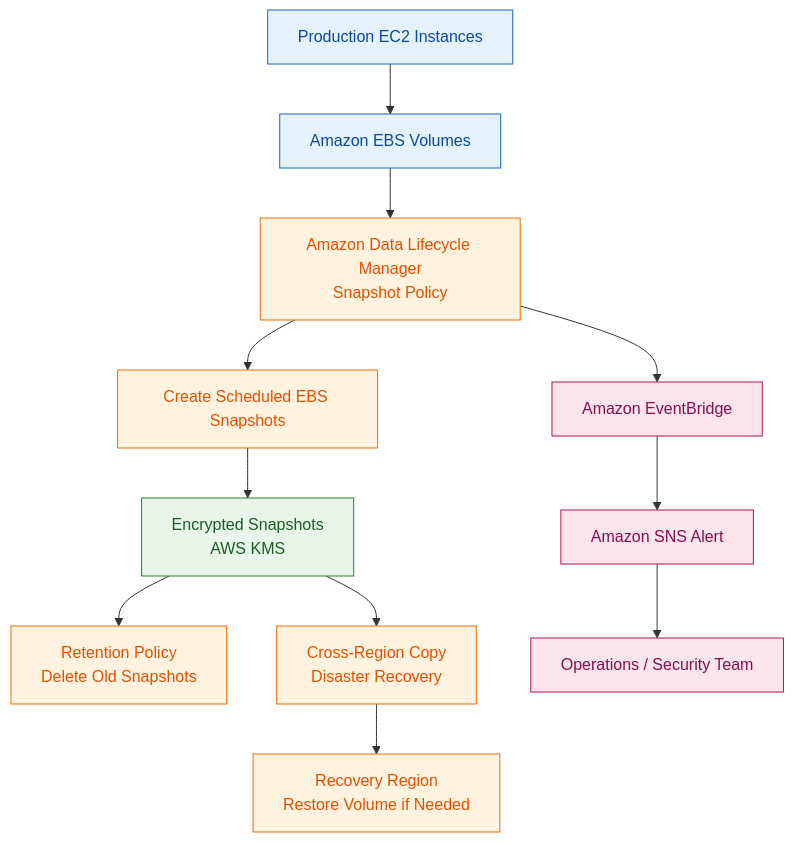
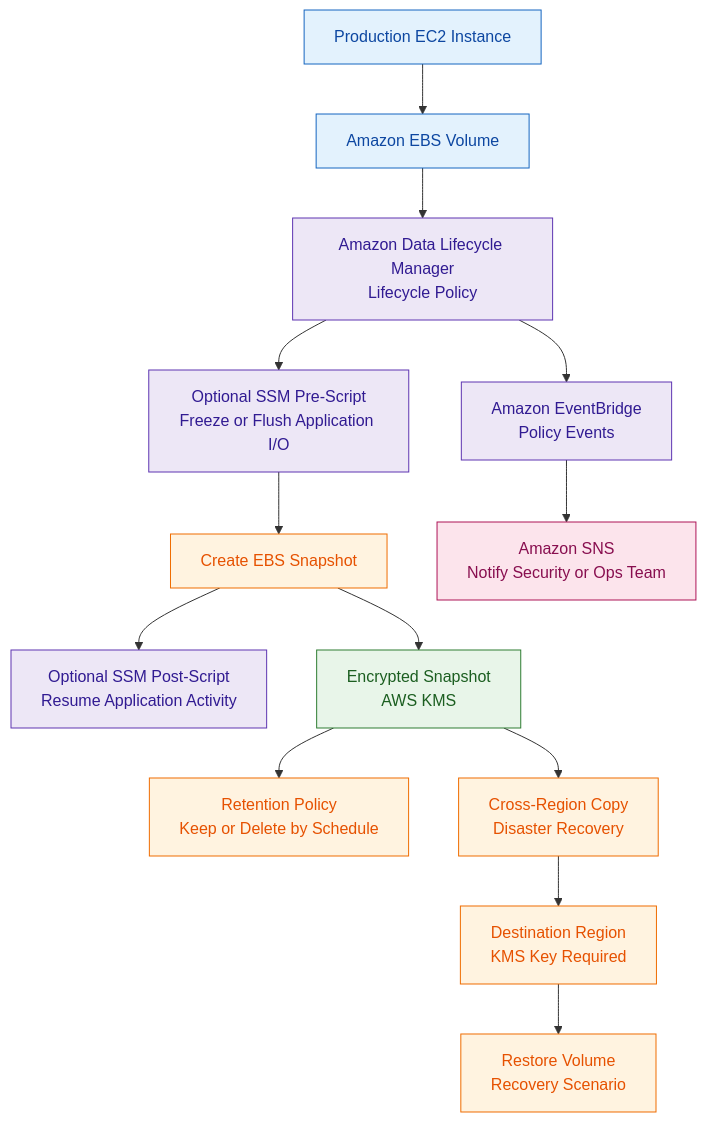
The diagram in Exam Related Services/Amazon-Data-Lifecycle-Manager.md (Serious-Skills-E-Learning/aws-security-specialty), drawn with Mermaid before and after one commit. The commit also changed other lines of this file, not shown here.

````diff
--- a/Exam Related Services/Amazon-Data-Lifecycle-Manager.md
+++ b/Exam Related Services/Amazon-Data-Lifecycle-Manager.md
@@ -149,29 +177,38 @@
 ```mermaid
 flowchart TD
-    A[Production EC2 Instances] --> B[Amazon EBS Volumes]
+    A[Production EC2 Instance] --> B[Amazon EBS Volume]
 
-    B --> C[Amazon Data Lifecycle Manager<br/>Snapshot Policy]
+    B --> C[Amazon Data Lifecycle Manager<br/>Lifecycle Policy]
 
-    C --> D[Create Scheduled EBS Snapshots]
-    D --> E[Encrypted Snapshots<br/>AWS KMS]
+    C --> D[Optional SSM Pre-Script<br/>Freeze or Flush Application I/O]
 
-    E --> F[Retention Policy<br/>Delete Old Snapshots]
-    E --> G[Cross-Region Copy<br/>Disaster Recovery]
+    D --> E[Create EBS Snapshot]
 
-    G --> H[Recovery Region<br/>Restore Volume if Needed]
+    E --> F[Optional SSM Post-Script<br/>Resume Application Activity]
 
-    I[Amazon EventBridge] --> J[Amazon SNS Alert]
-    C --> I
+    E --> G[Encrypted Snapshot<br/>AWS KMS]
 
-    J --> K[Operations / Security Team]
+    G --> H[Retention Policy<br/>Keep or Delete by Schedule]
+
+    G --> I[Cross-Region Copy<br/>Disaster Recovery]
+
+    I --> J[Destination Region<br/>KMS Key Required]
+
+    J --> K[Restore Volume<br/>Recovery Scenario]
+
+    C --> L[Amazon EventBridge<br/>Policy Events]
+
+    L --> M[Amazon SNS<br/>Notify Security or Ops Team]
 
     classDef compute fill:#e3f2fd,stroke:#1565c0,color:#0d47a1;
+    classDef automation fill:#ede7f6,stroke:#5e35b1,color:#311b92;
     classDef backup fill:#fff3e0,stroke:#ef6c00,color:#e65100;
     classDef security fill:#e8f5e9,stroke:#2e7d32,color:#1b5e20;
     classDef notify fill:#fce4ec,stroke:#ad1457,color:#880e4f;
 
     class A,B compute;
-    class C,D,F,G,H backup;
-    class E security;
-    class I,J,K notify;
+    class C,D,F,L automation;
+    class E,H,I,J,K backup;
+    class G security;
+    class M notify;
 ```
````
